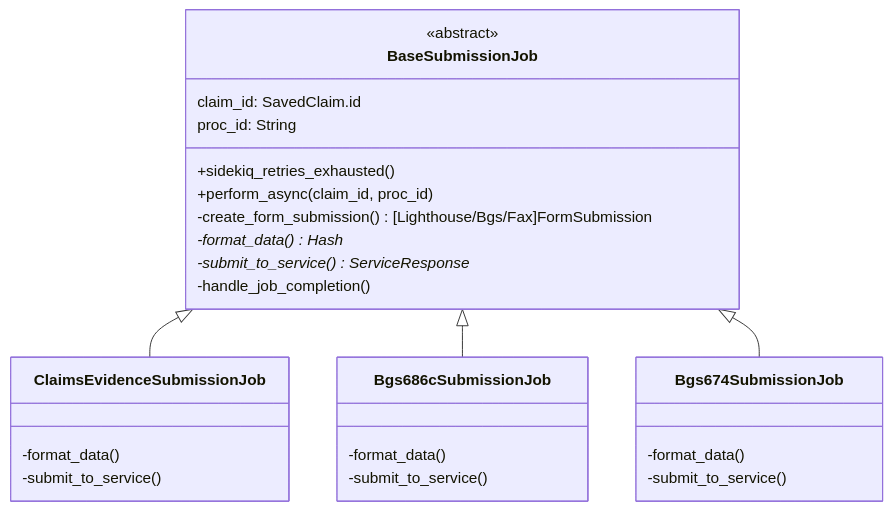
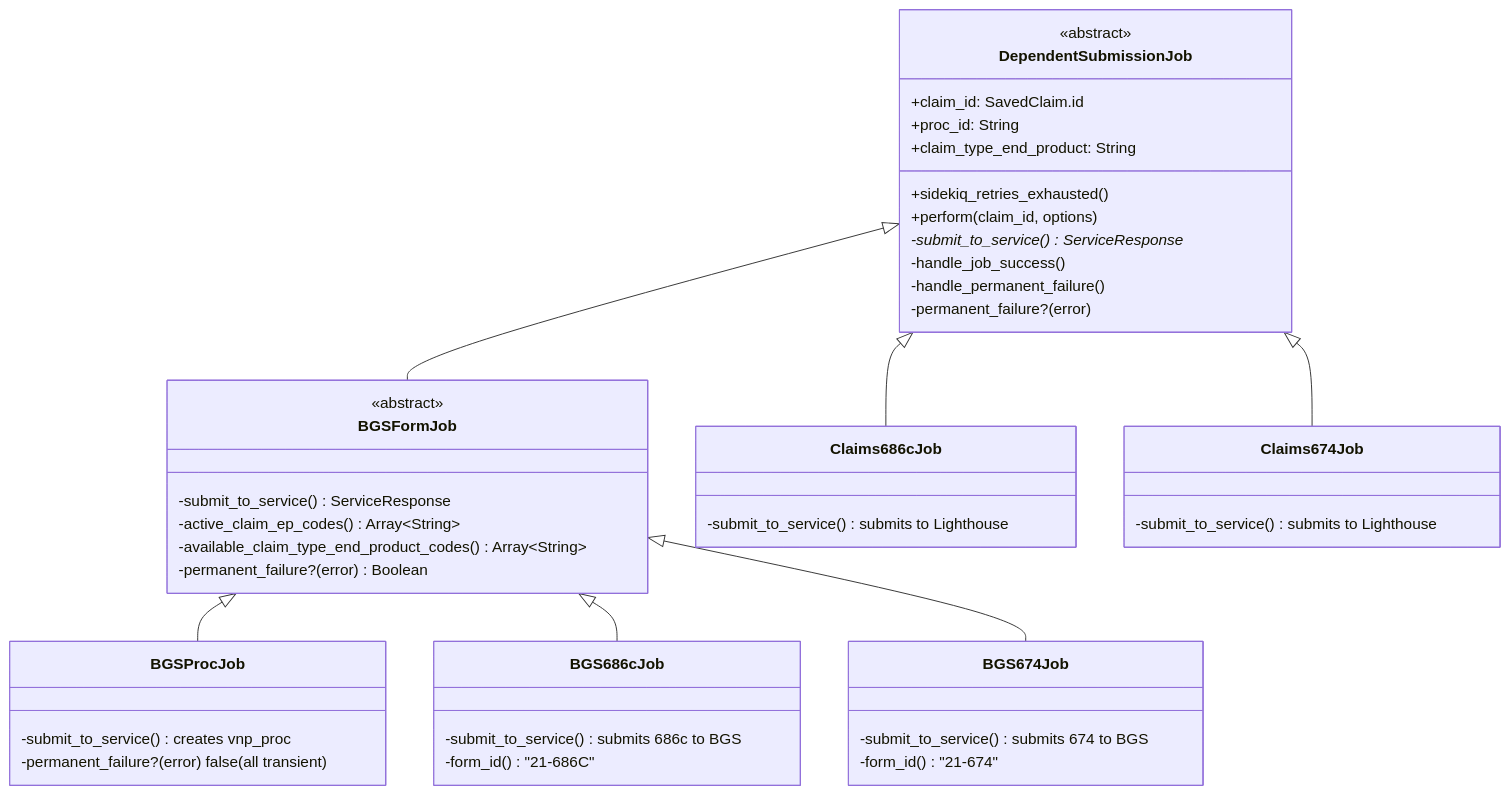
The fourth of 4 diagrams in modules/dependents_benefits/documentation/data_flow_diagrams/class_diagrams.md (department-of-veterans-affairs/vets-api), drawn with Mermaid before and after one commit. The commit also changed other lines of this file and 7 other files, not shown here.

````diff
--- a/modules/dependents_benefits/documentation/data_flow_diagrams/class_diagrams.md
+++ b/modules/dependents_benefits/documentation/data_flow_diagrams/class_diagrams.md
@@ -56,31 +56,53 @@
 ```mermaid
 classDiagram
-    class BaseSubmissionJob {
+    class DependentSubmissionJob {
         <<abstract>>
-        claim_id: SavedClaim.id
-        proc_id: String
+        +claim_id: SavedClaim.id
+        +proc_id: String
+        +claim_type_end_product: String
         +sidekiq_retries_exhausted()
-        +perform_async(claim_id, proc_id)
-        -create_form_submission() [Lighthouse/Bgs/Fax]FormSubmission
-        -format_data()* Hash
+        +perform(claim_id, options)
         -submit_to_service()* ServiceResponse
-        -handle_job_completion()
+        -handle_job_success()
+        -handle_permanent_failure()
+        -permanent_failure?(error)
     }
 
-    class ClaimsEvidenceSubmissionJob {
-        -format_data()
-        -submit_to_service()
-    }
-    class Bgs686cSubmissionJob {
-        -format_data()
-        -submit_to_service()
-    }
-    class Bgs674SubmissionJob {
-        -format_data()
-        -submit_to_service()
+    class BGSFormJob {
+        <<abstract>>
+        -submit_to_service() ServiceResponse
+        -active_claim_ep_codes() Array~String~
+        -available_claim_type_end_product_codes() Array~String~
+        -permanent_failure?(error) Boolean
     }
 
-    BaseSubmissionJob <|-- ClaimsEvidenceSubmissionJob
-    BaseSubmissionJob <|-- Bgs686cSubmissionJob
-    BaseSubmissionJob <|-- Bgs674SubmissionJob
+    class BGSProcJob {
+        -submit_to_service() creates vnp_proc
+        -permanent_failure?(error) false (all transient)
+    }
+
+    class BGS686cJob {
+        -submit_to_service() submits 686c to BGS
+        -form_id() "21-686C"
+    }
+
+    class BGS674Job {
+        -submit_to_service() submits 674 to BGS
+        -form_id() "21-674"
+    }
+
+    class Claims686cJob {
+        -submit_to_service() submits to Lighthouse
+    }
+
+    class Claims674Job {
+        -submit_to_service() submits to Lighthouse
+    }
+
+    DependentSubmissionJob <|-- BGSFormJob
+    DependentSubmissionJob <|-- Claims686cJob
+    DependentSubmissionJob <|-- Claims674Job
+    BGSFormJob <|-- BGSProcJob
+    BGSFormJob <|-- BGS686cJob
+    BGSFormJob <|-- BGS674Job
 ```
````
